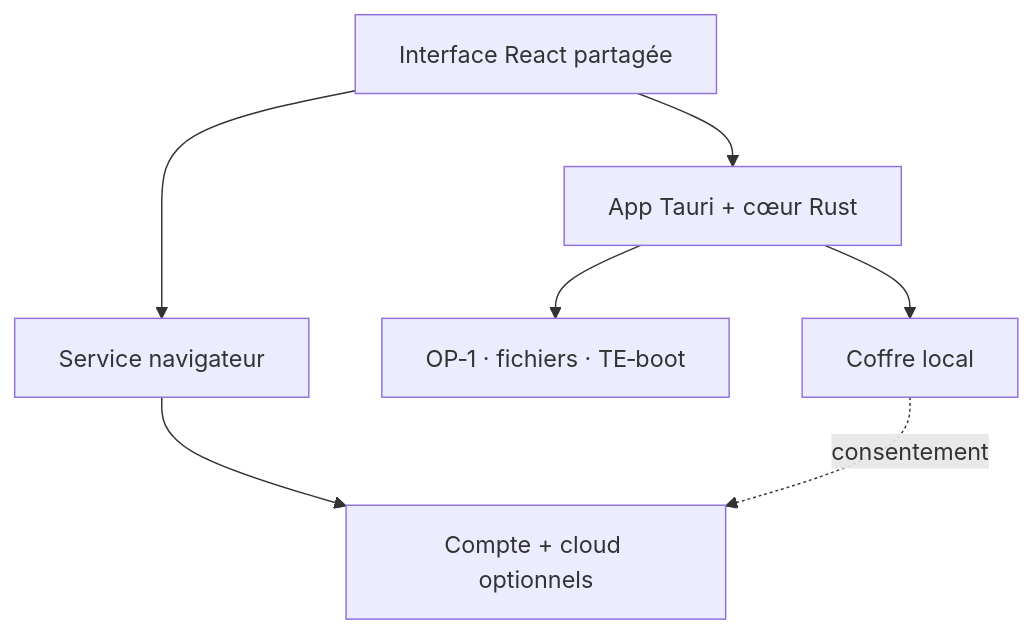
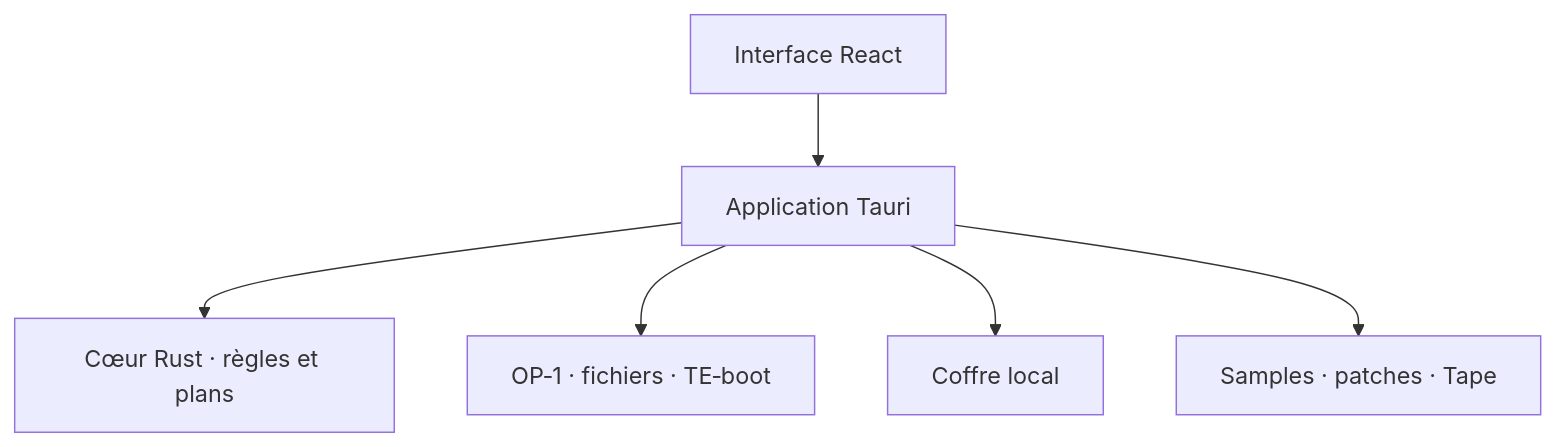
Before and after one commit to propann/Engineering-Studio: the diagram in README.md, drawn with Mermaid. The commit also changed other lines of this file and 38 other files, not shown here.

````diff
--- a/README.md
+++ b/README.md
@@ -48,9 +49,8 @@
 ```mermaid
 flowchart TD
-    UI["Interface React partagée"] --> APP["App Tauri + cœur Rust"]
-    UI --> WEB["Service navigateur"]
+    UI["Interface React"] --> APP["Application Tauri"]
+    APP --> DOMAIN["Cœur Rust · règles et plans"]
     APP --> DEV["OP‑1 · fichiers · TE‑boot"]
     APP --> VAULT["Coffre local"]
-    WEB --> CLOUD["Compte + cloud optionnels"]
-    VAULT -. consentement .-> CLOUD
+    APP --> AUDIO["Samples · patches · Tape"]
 ```
````
